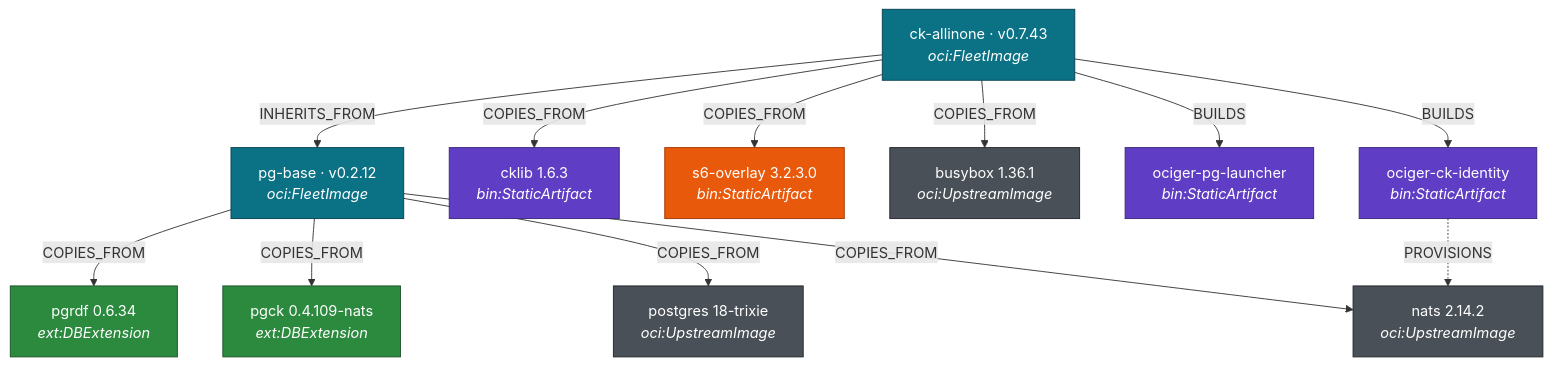
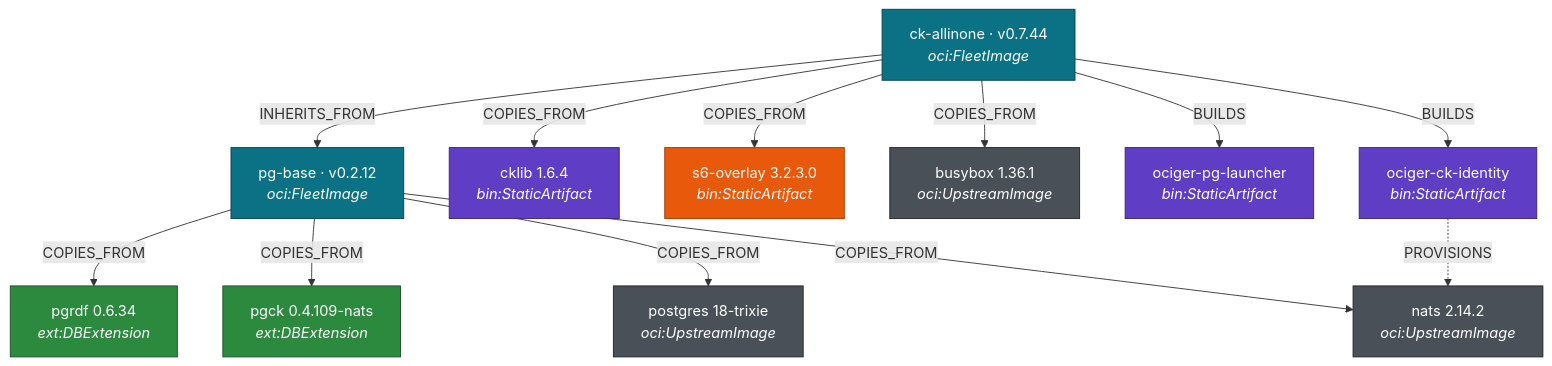
The diagram in README.md (sporaxis-com/oci-germination), drawn with Mermaid before and after one commit. The commit also changed other lines of this file and 7 other files, not shown here.

````diff
--- a/README.md
+++ b/README.md
@@ -102,32 +102,32 @@
 ```mermaid
 graph TD
-  ck["ck-allinone · v0.7.43<br/><i>oci:FleetImage</i>"]:::fleet
+  ck["ck-allinone · v0.7.44<br/><i>oci:FleetImage</i>"]:::fleet
   base["pg-base · v0.2.12<br/><i>oci:FleetImage</i>"]:::fleet
   pgrdf["pgrdf 0.6.34<br/><i>ext:DBExtension</i>"]:::ext
   pgck["pgck 0.4.109-nats<br/><i>ext:DBExtension</i>"]:::ext
-  cklib["cklib 1.6.3<br/><i>bin:StaticArtifact</i>"]:::art
+  cklib["cklib 1.6.4<br/><i>bin:StaticArtifact</i>"]:::art
   s6["s6-overlay 3.2.3.0<br/><i>bin:StaticArtifact</i>"]:::warn
   bb["busybox 1.36.1<br/><i>oci:UpstreamImage</i>"]:::up
   pg["postgres 18-trixie<br/><i>oci:UpstreamImage</i>"]:::up
   nats["nats 2.14.2<br/><i>oci:UpstreamImage</i>"]:::up
   launcher["ociger-pg-launcher<br/><i>bin:StaticArtifact</i>"]:::art
   ident["ociger-ck-identity<br/><i>bin:StaticArtifact</i>"]:::art
 
   base -->|COPIES_FROM| pgrdf
   base -->|COPIES_FROM| pgck
   base -->|COPIES_FROM| pg
   base -->|COPIES_FROM| nats
   ck -->|INHERITS_FROM| base
   ck -->|COPIES_FROM| cklib
   ck -->|COPIES_FROM| bb
   ck -->|COPIES_FROM| s6
   ck -->|BUILDS| launcher
   ck -->|BUILDS| ident
   ident -.->|PROVISIONS| nats
 
   classDef fleet fill:#0b7285,stroke:#083f4d,color:#fff;
   classDef ext fill:#2b8a3e,stroke:#1a5028,color:#fff;
   classDef art fill:#5f3dc4,stroke:#3a2578,color:#fff;
   classDef up fill:#495057,stroke:#212529,color:#fff;
   classDef warn fill:#e8590c,stroke:#a03800,color:#fff;
 ```
````
